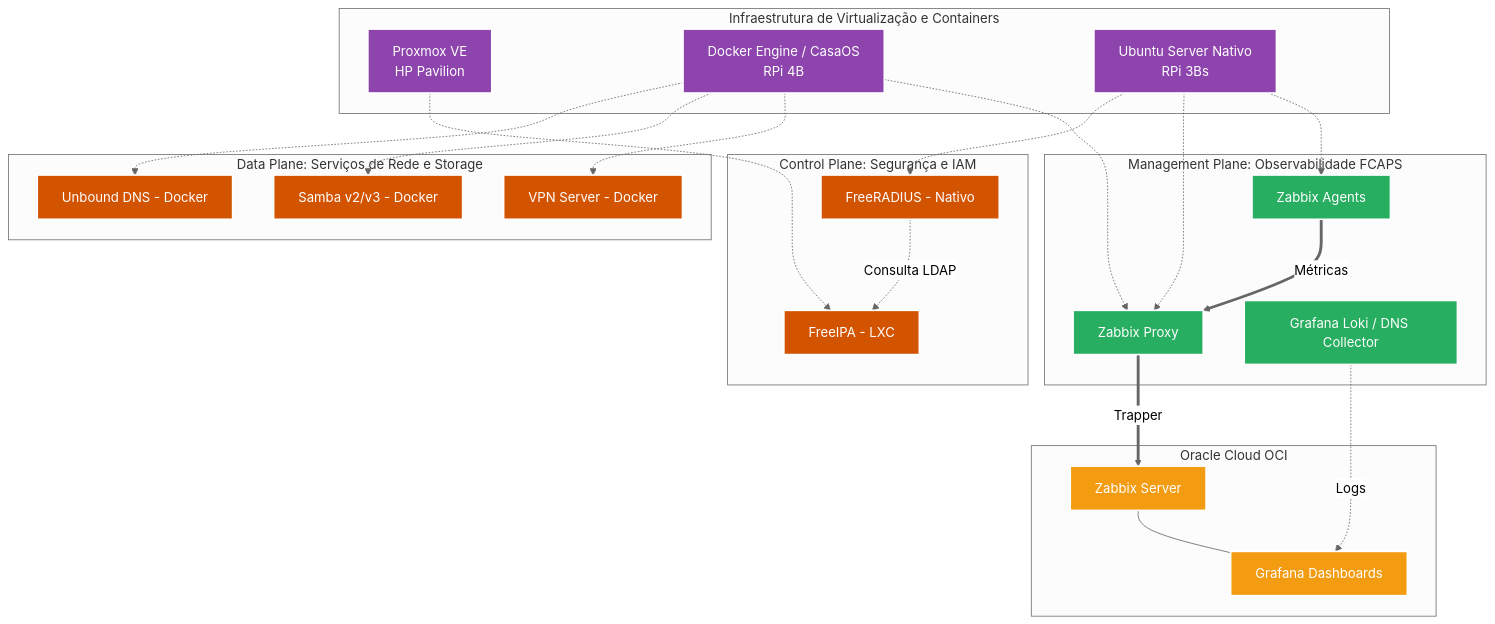
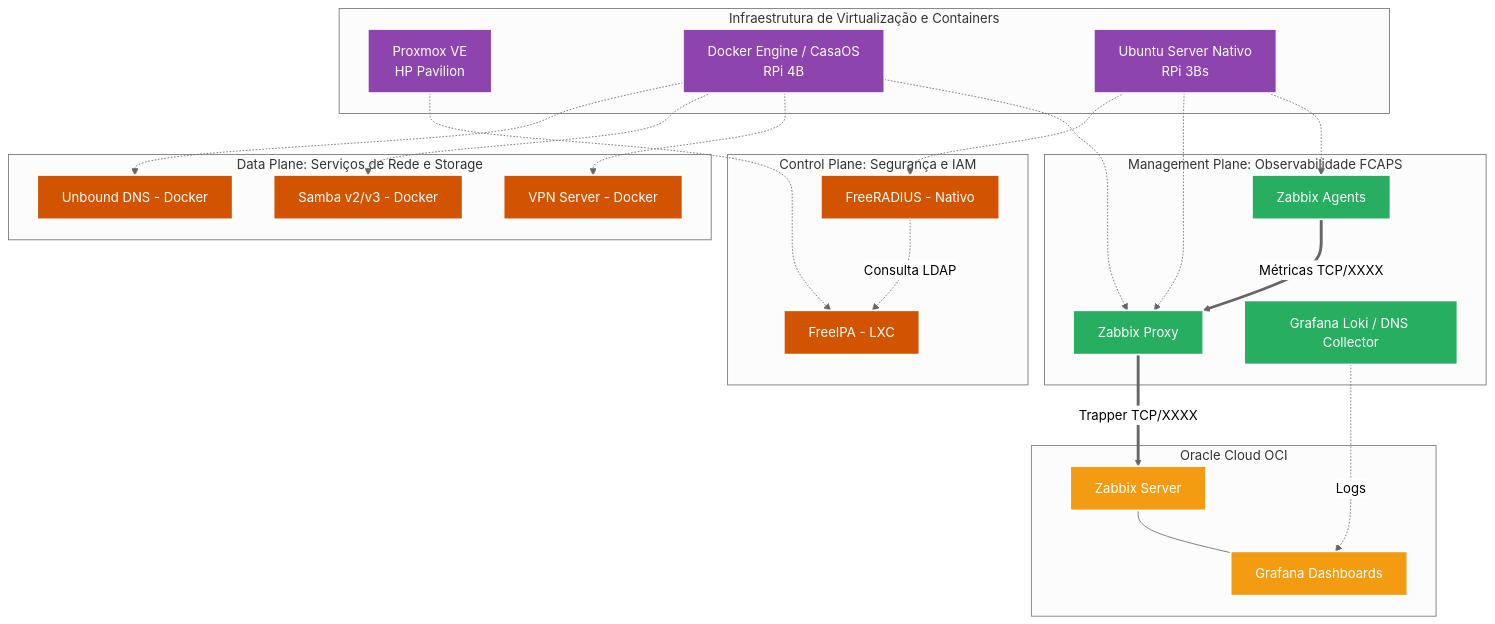
Before and after one commit to kevindexter22/Dr-Hardware-Autonet: the second of 2 diagrams in Infrastructure/README.md, drawn with Mermaid (neutral theme). The commit also changed other lines of this file, not shown here.

````diff
--- a/Infrastructure/README.md
+++ b/Infrastructure/README.md
@@ -67,54 +66,54 @@
 ```mermaid
 graph TD
     %% Classes de Estilo L3-L7
     classDef hypervisor fill:#8e44ad,stroke:#FFFFFF,stroke-width:2px,color:#fff;
     classDef oss fill:#27ae60,stroke:#FFFFFF,stroke-width:2px,color:#fff;
     classDef coreService fill:#d35400,stroke:#FFFFFF,stroke-width:2px,color:#fff;
     classDef cloud fill:#f39c12,stroke:#FFFFFF,stroke-width:2px,color:#fff;
 
     subgraph VIM [Infraestrutura de Virtualização e Containers]
         PVE[Proxmox VE<br/>HP Pavilion]:::hypervisor
         DOCKER[Docker Engine / CasaOS<br/>RPi 4B]:::hypervisor
         NATIVE[Ubuntu Server Nativo<br/>RPi 3Bs]:::hypervisor
     end
 
     subgraph AAA_SEC [Control Plane: Segurança e IAM]
         FIPA[FreeIPA - LXC]:::coreService
         FRAD[FreeRADIUS - Nativo]:::coreService
         PVE -.-> FIPA
         NATIVE -.-> FRAD
         FRAD -.->|Consulta LDAP| FIPA
     end
 
     subgraph NET_SERVICES [Data Plane: Serviços de Rede e Storage]
         UNB[Unbound DNS - Docker]:::coreService
         SMB[Samba v2/v3 - Docker]:::coreService
         VPN[VPN Server - Docker]:::coreService
         
         DOCKER -.-> UNB
         DOCKER -.-> SMB
         DOCKER -.-> VPN
     end
 
     subgraph OSS_MGMT [Management Plane: Observabilidade FCAPS]
         ZPX[Zabbix Proxy]:::oss
         ZA[Zabbix Agents]:::oss
         GRAF_LOKI[Grafana Loki / DNS Collector]:::oss
         
         DOCKER -.-> ZPX
         NATIVE -.-> ZPX
         NATIVE -.-> ZA
     end
 
     subgraph PUBLIC_CLOUD [Oracle Cloud OCI]
         ZBS[Zabbix Server]:::cloud
         GRAF[Grafana Dashboards]:::cloud
     end
 
     %% Fluxos de Mediação de Dados
-    ZA ==>|Métricas| ZPX
-    ZPX ==>|Trapper| ZBS
+    ZA ==>|Métricas TCP/XXXX| ZPX
+    ZPX ==>|Trapper TCP/XXXX| ZBS
     GRAF_LOKI -.->|Logs| GRAF
     ZBS --- GRAF
 
 ```
````
